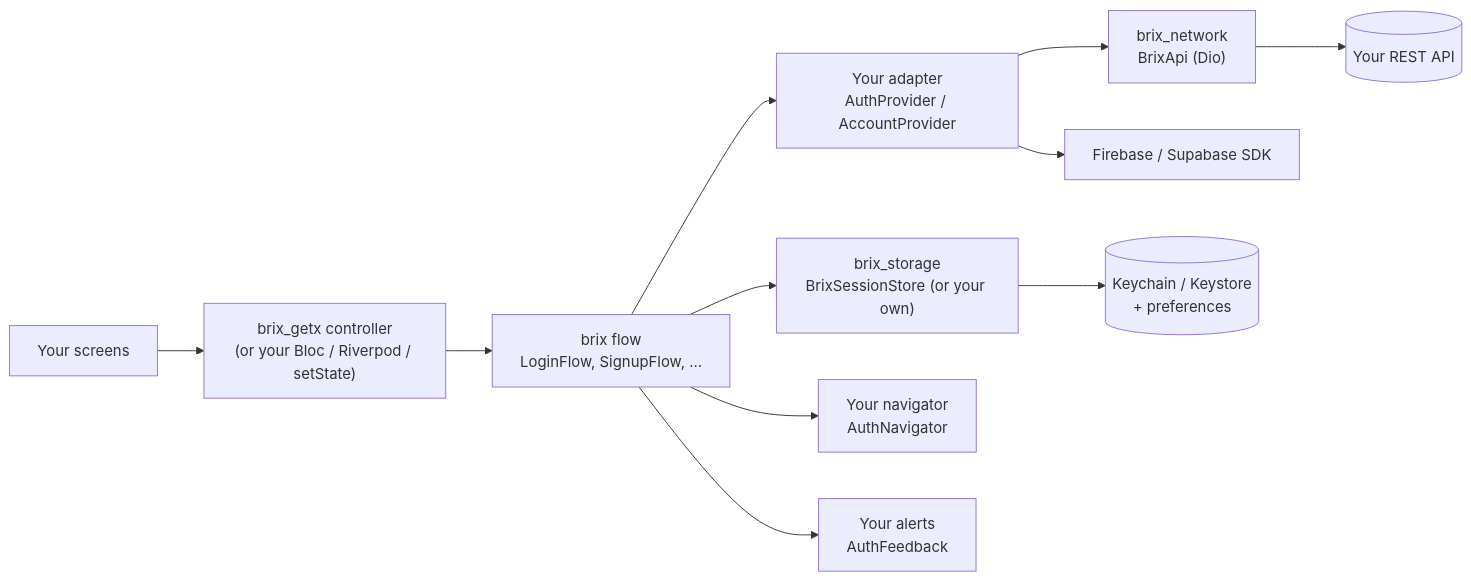
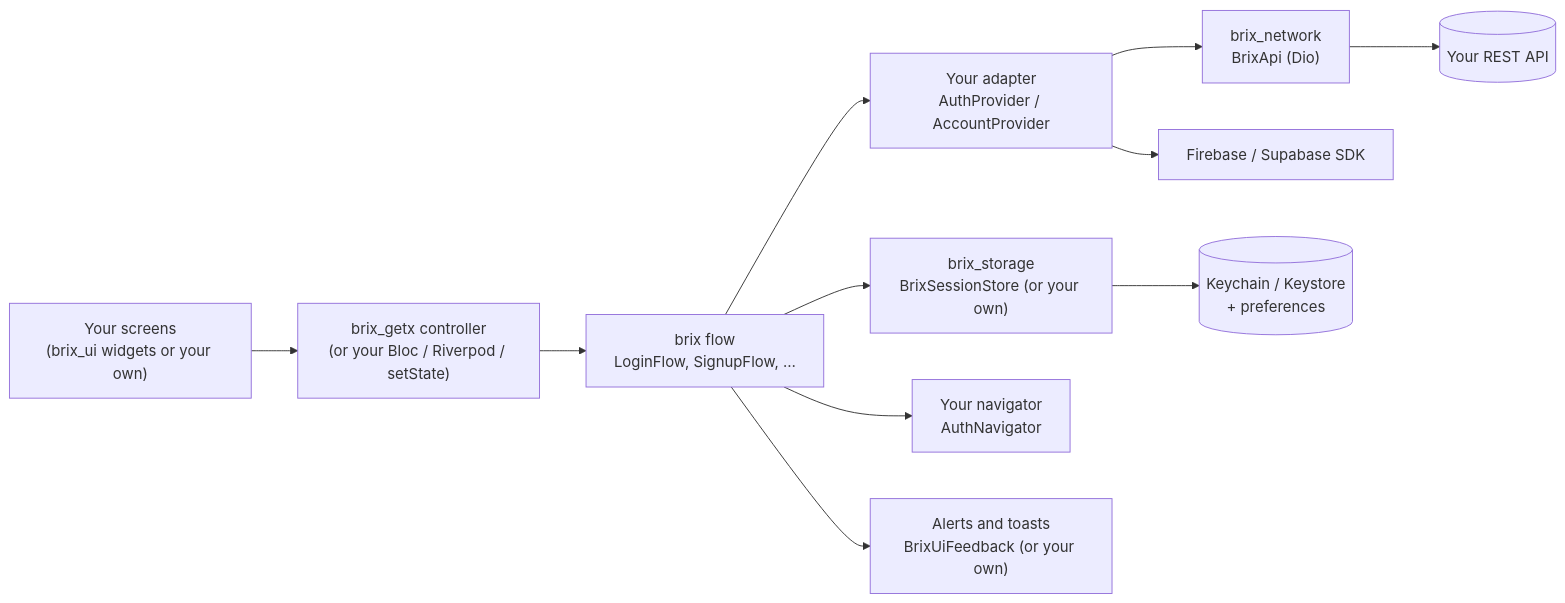
One commit to mrubaz/brix changed the diagram in README.md. Above: the diagram before and after it, drawn with Mermaid. The commit also changed other lines of this file and 160 other files, not shown here.

````diff
--- a/README.md
+++ b/README.md
@@ -52,13 +58,13 @@
 ```mermaid
 flowchart LR
-    UI["Your screens"] --> C["brix_getx controller<br/>(or your Bloc / Riverpod / setState)"]
+    UI["Your screens<br/>(brix_ui widgets or your own)"] --> C["brix_getx controller<br/>(or your Bloc / Riverpod / setState)"]
     C --> F["brix flow<br/>LoginFlow, SignupFlow, …"]
     F --> A["Your adapter<br/>AuthProvider / AccountProvider"]
     A --> N["brix_network<br/>BrixApi (Dio)"]
     A --> S["Firebase / Supabase SDK"]
     N --> B[("Your REST API")]
     F --> ST["brix_storage<br/>BrixSessionStore (or your own)"]
     ST --> K[("Keychain / Keystore<br/>+ preferences")]
     F --> NAV["Your navigator<br/>AuthNavigator"]
-    F --> FB["Your alerts<br/>AuthFeedback"]
+    F --> FB["Alerts and toasts<br/>BrixUiFeedback (or your own)"]
 ```
````
